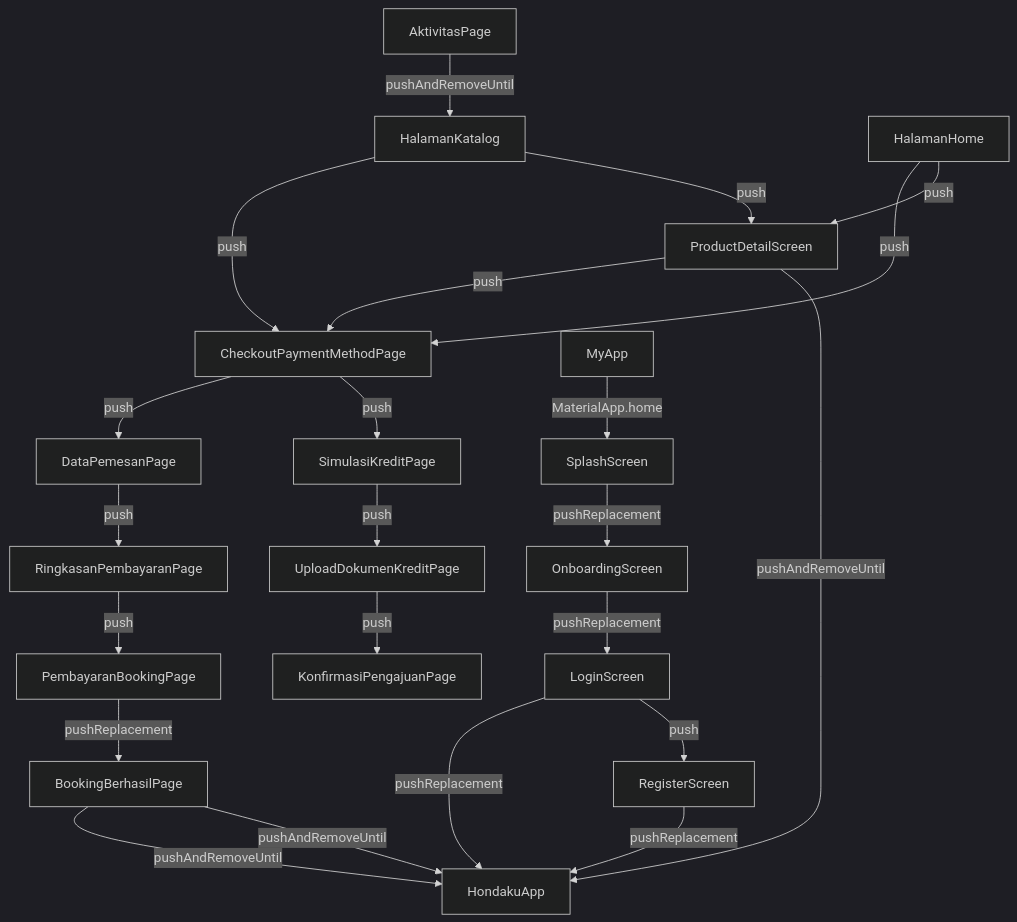
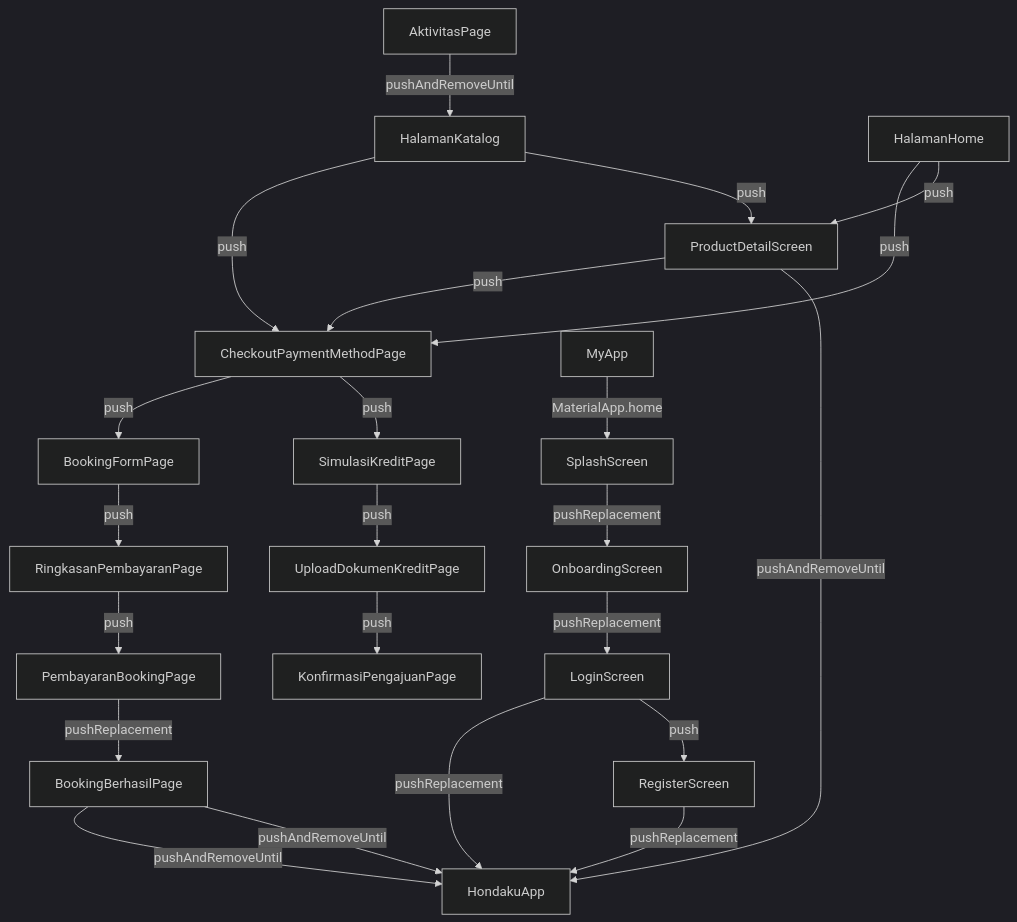
Before and after one commit to aldosebastian1/Aplikasi-Mobile-Hondaku: the diagram in flow.md, drawn with Mermaid (dark theme). The commit also changed other lines of this file, not shown here.

Commit message:
Perbarui alur navigasi dan logika checkout; tambahkan manajemen status untuk halaman detail

````diff
--- a/flow.md
+++ b/flow.md
@@ -33,25 +35,25 @@
 ```mermaid
 flowchart TD
   AktivitasPage -->|pushAndRemoveUntil| HalamanKatalog
   BookingBerhasilPage -->|pushAndRemoveUntil| HondakuApp
   BookingBerhasilPage -->|pushAndRemoveUntil| HondakuApp
-  CheckoutPaymentMethodPage -->|push| DataPemesanPage
+  BookingFormPage -->|push| RingkasanPembayaranPage
+  CheckoutPaymentMethodPage -->|push| BookingFormPage
   CheckoutPaymentMethodPage -->|push| SimulasiKreditPage
-  DataPemesanPage -->|push| RingkasanPembayaranPage
   HalamanHome -->|push| CheckoutPaymentMethodPage
   HalamanHome -->|push| ProductDetailScreen
   HalamanKatalog -->|push| CheckoutPaymentMethodPage
   HalamanKatalog -->|push| ProductDetailScreen
   LoginScreen -->|pushReplacement| HondakuApp
   LoginScreen -->|push| RegisterScreen
   MyApp -->|MaterialApp.home| SplashScreen
   OnboardingScreen -->|pushReplacement| LoginScreen
   PembayaranBookingPage -->|pushReplacement| BookingBerhasilPage
   ProductDetailScreen -->|push| CheckoutPaymentMethodPage
   ProductDetailScreen -->|pushAndRemoveUntil| HondakuApp
   RegisterScreen -->|pushReplacement| HondakuApp
   RingkasanPembayaranPage -->|push| PembayaranBookingPage
   SimulasiKreditPage -->|push| UploadDokumenKreditPage
   SplashScreen -->|pushReplacement| OnboardingScreen
   UploadDokumenKreditPage -->|push| KonfirmasiPengajuanPage
 ```
````
